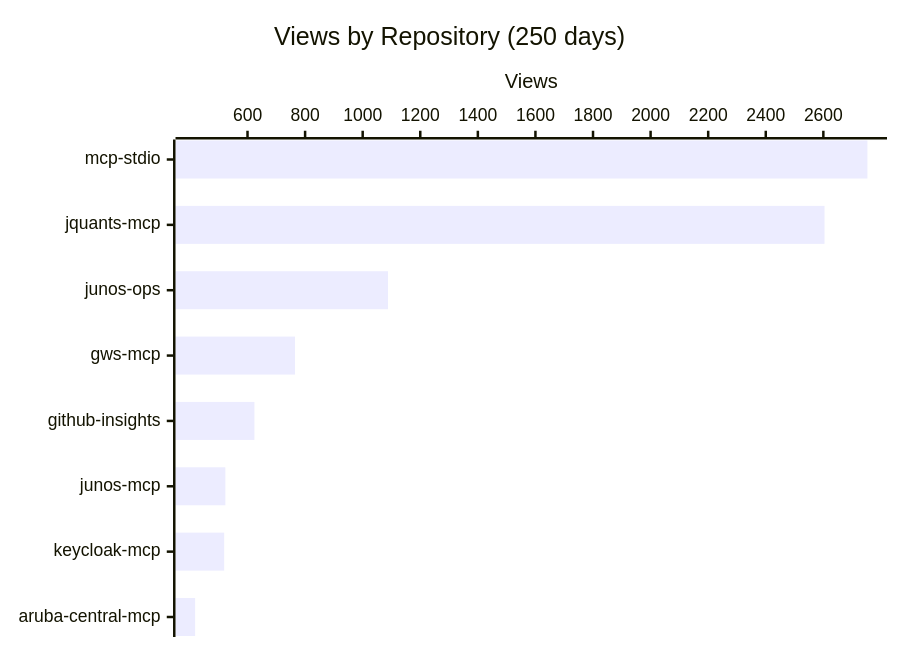
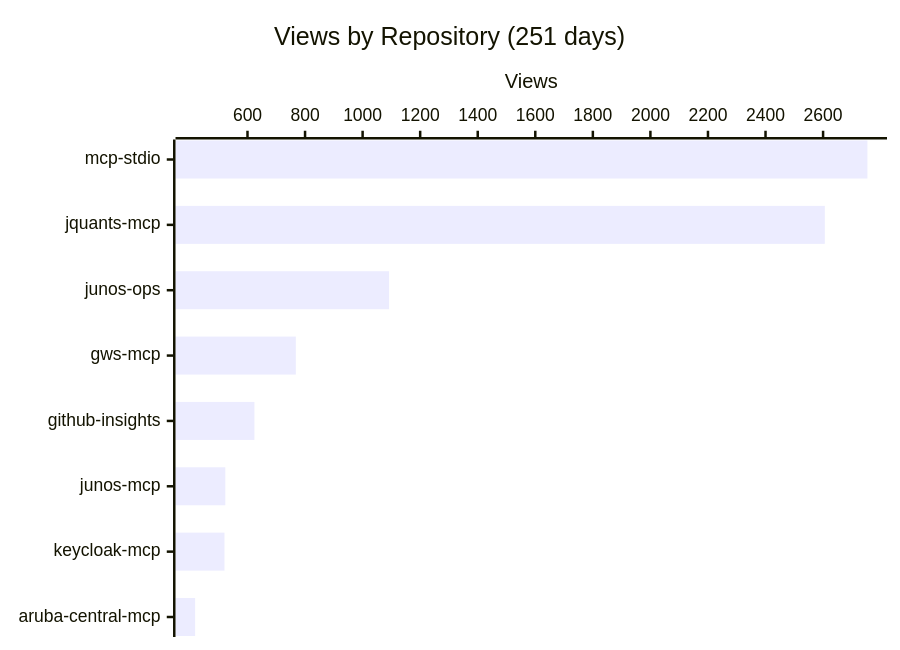
One commit to shigechika/github-insights changed the first of 4 diagrams in README.md. Above: the diagram before and after it, drawn with Mermaid. The commit also changed other lines of this file and 1 other file, not shown here.

````diff
--- a/README.md
+++ b/README.md
@@ -18,7 +18,7 @@
 ```mermaid
 xychart-beta horizontal
-    title "Views by Repository (250 days)"
+    title "Views by Repository (251 days)"
     x-axis ["mcp-stdio", "jquants-mcp", "junos-ops", "gws-mcp", "github-insights", "junos-mcp", "keycloak-mcp", "aruba-central-mcp"]
     y-axis "Views"
-    bar [2753, 2604, 1088, 765, 624, 523, 519, 418]
+    bar [2754, 2606, 1092, 768, 624, 523, 520, 418]
 ```
````
